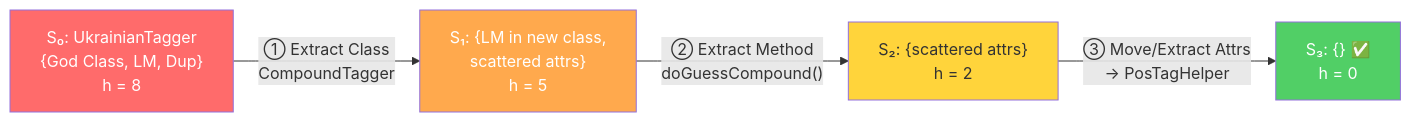
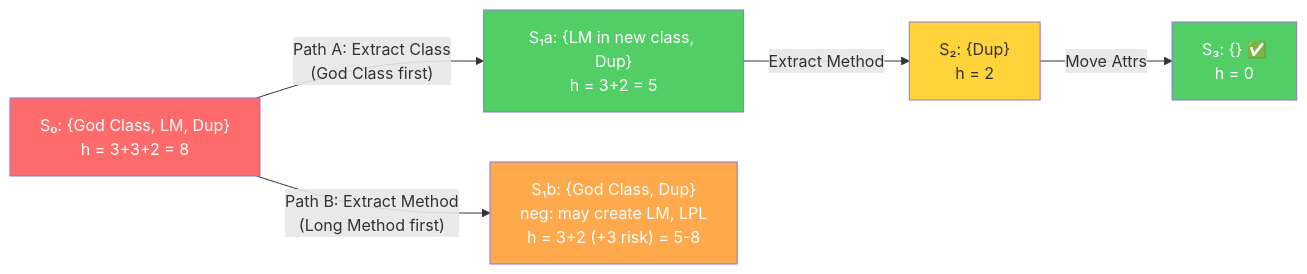
One commit to hpietukhin/smellai changed the sixth of 9 diagrams in slides_planning.md. Above: the diagram before and after it, drawn with Mermaid. The commit also changed other lines of this file, not shown here.

````diff
--- a/slides_planning.md
+++ b/slides_planning.md
@@ -1015,11 +661,14 @@
 ```mermaid
 graph LR
-  S0["S₀: UkrainianTagger<br/>{God Class, LM, Dup}<br/>h = 8"] -->|"① Extract Class<br/>CompoundTagger"| S1["S₁: {LM in new class,<br/>scattered attrs}<br/>h = 5"]
-  S1 -->|"② Extract Method<br/>doGuessCompound()"| S2["S₂: {scattered attrs}<br/>h = 2"]
-  S2 -->|"③ Move/Extract Attrs<br/>→ PosTagHelper"| S3["S₃: {} ✅<br/>h = 0"]
+  S0["S₀: {God Class, LM, Dup}<br/>h = 3+3+2 = 8"] -->|"Path A: Extract Class<br/>(God Class first)"| S1a["S₁a: {LM in new class, Dup}<br/>h = 3+2 = 5"]
+  S0 -->|"Path B: Extract Method<br/>(Long Method first)"| S1b["S₁b: {God Class, Dup}<br/>neg: may create LM, LPL<br/>h = 3+2 (+3 risk) = 5-8"]
+
+  S1a -->|"Extract Method"| S2["S₂: {Dup}<br/>h = 2"]
+  S2 -->|"Move Attrs"| S3["S₃: {} ✅<br/>h = 0"]
 
   style S0 fill:#ff6b6b,color:#fff
-  style S1 fill:#ffa94d,color:#fff
+  style S1a fill:#51cf66,color:#fff
+  style S1b fill:#ffa94d,color:#fff
   style S2 fill:#ffd43b,color:#333
   style S3 fill:#51cf66,color:#fff
 ```
````
